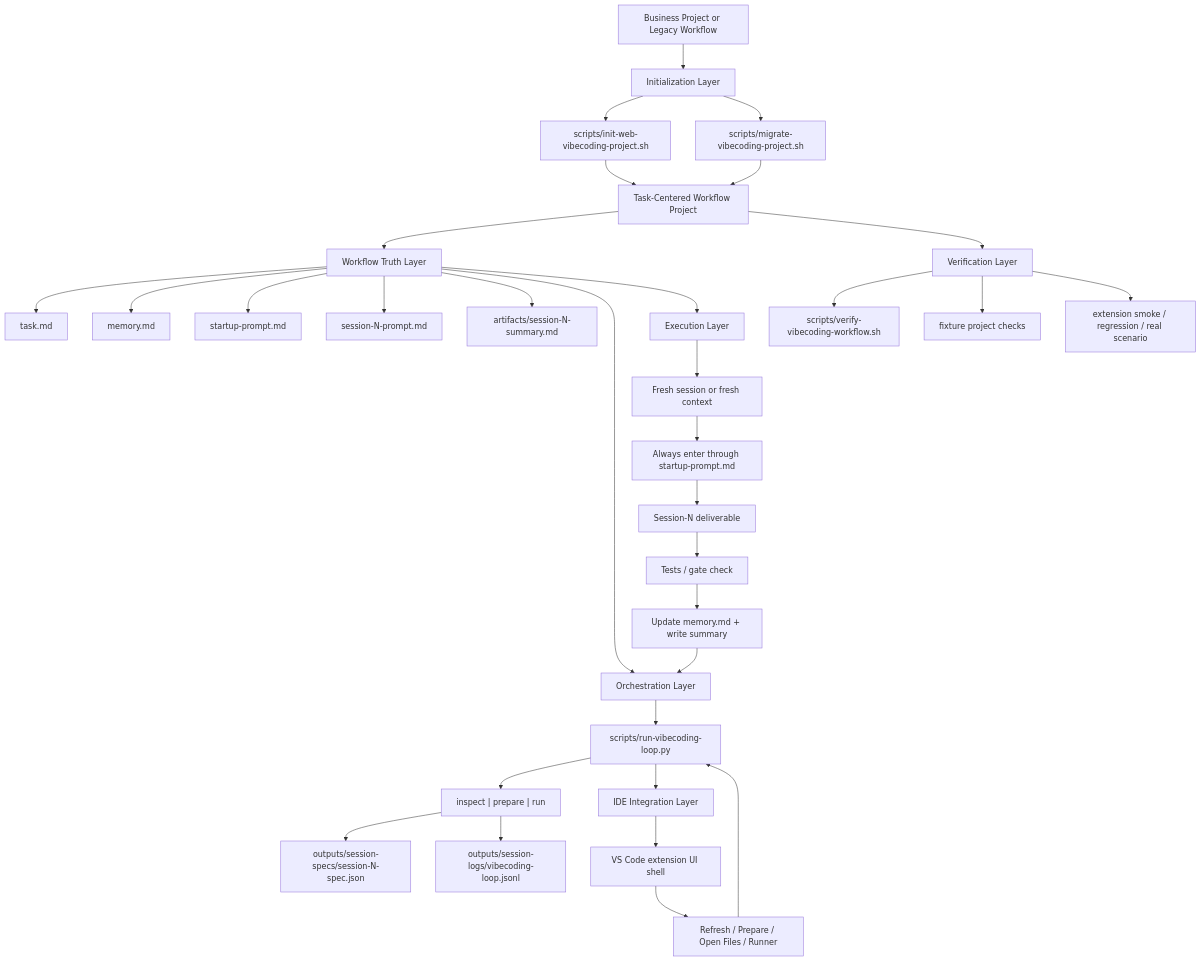
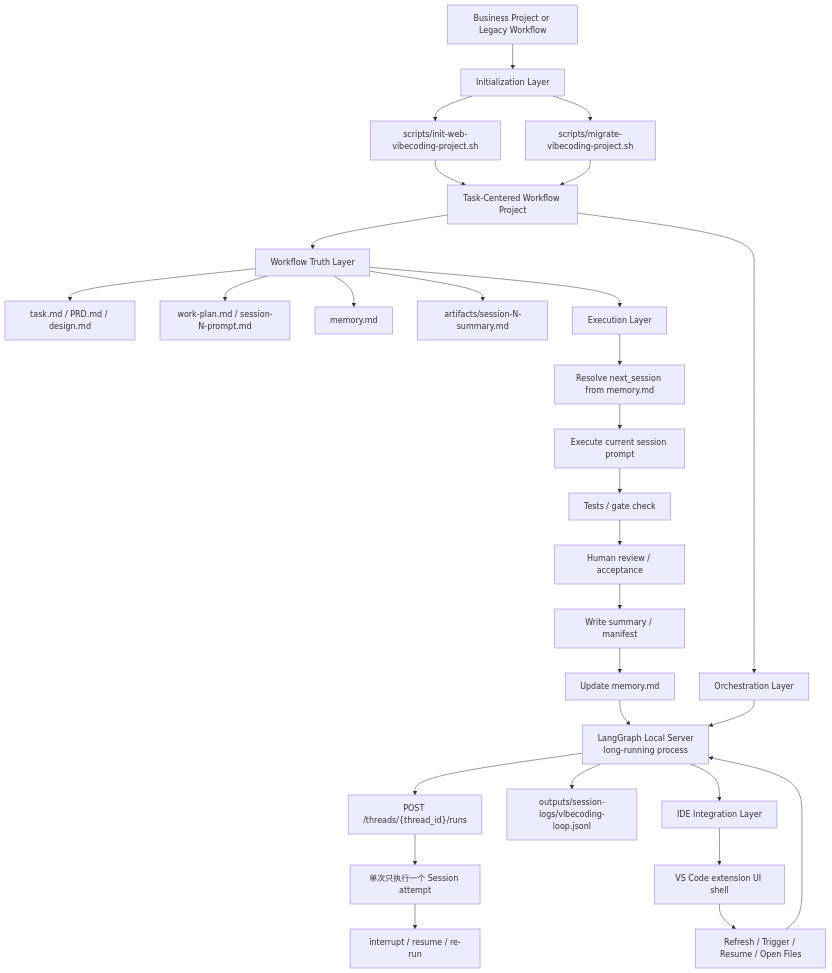
One commit to qi9zg202-source/vibecodingworkflow changed the third of 6 diagrams in docs/workflow-standard.md. Above: the diagram before and after it, drawn with Mermaid. The commit also changed other lines of this file and 209 other files, not shown here.

Commit message:
feat: add langgraph workflow updates and regression assets

````diff
--- a/docs/workflow-standard.md
+++ b/docs/workflow-standard.md
@@ -116,40 +90,36 @@
 ```mermaid
 flowchart TB
     A["Business Project or Legacy Workflow"] --> B["Initialization Layer"]
     B --> B1["scripts/init-web-vibecoding-project.sh"]
     B --> B2["scripts/migrate-vibecoding-project.sh"]
 
     B1 --> C["Task-Centered Workflow Project"]
     B2 --> C
 
     C --> D["Workflow Truth Layer"]
-    D --> D1["task.md"]
-    D --> D2["memory.md"]
-    D --> D3["startup-prompt.md"]
-    D --> D4["session-N-prompt.md"]
-    D --> D5["artifacts/session-N-summary.md"]
+    D --> D1["task.md / PRD.md / design.md"]
+    D --> D2["work-plan.md / session-N-prompt.md"]
+    D --> D3["memory.md"]
+    D --> D4["artifacts/session-N-summary.md"]
 
-    D --> E["Orchestration Layer"]
-    E --> E1["scripts/run-vibecoding-loop.py"]
-    E1 --> E2["inspect | prepare | run"]
-    E2 --> E3["outputs/session-specs/session-N-spec.json"]
-    E2 --> E4["outputs/session-logs/vibecoding-loop.jsonl"]
+    C --> E["Orchestration Layer"]
+    E --> E1["LangGraph Local Server\nlong-running process"]
+    E1 --> E2["POST /threads/{thread_id}/runs"]
+    E2 --> E3["单次只执行一个 Session attempt"]
+    E3 --> E4["interrupt / resume / re-run"]
+    E1 --> E5["outputs/session-logs/vibecoding-loop.jsonl"]
 
     D --> F["Execution Layer"]
-    F --> F1["Fresh session or fresh context"]
-    F1 --> F2["Always enter through startup-prompt.md"]
-    F2 --> F3["Session-N deliverable"]
-    F3 --> F4["Tests / gate check"]
-    F4 --> F5["Update memory.md + write summary"]
-    F5 --> E
+    F --> F1["Resolve next_session from memory.md"]
+    F1 --> F2["Execute current session prompt"]
+    F2 --> F3["Tests / gate check"]
+    F3 --> F4["Human review / acceptance"]
+    F4 --> F5["Write summary / manifest"]
+    F5 --> F6["Update memory.md"]
+    F6 --> E1
 
     E1 --> G["IDE Integration Layer"]
     G --> G1["VS Code extension UI shell"]
-    G1 --> G2["Refresh / Prepare / Open Files / Runner"]
+    G1 --> G2["Refresh / Trigger / Resume / Open Files"]
     G2 --> E1
-
-    C --> H["Verification Layer"]
-    H --> H1["scripts/verify-vibecoding-workflow.sh"]
-    H --> H2["fixture project checks"]
-    H --> H3["extension smoke / regression / real scenario"]
 ```
````
